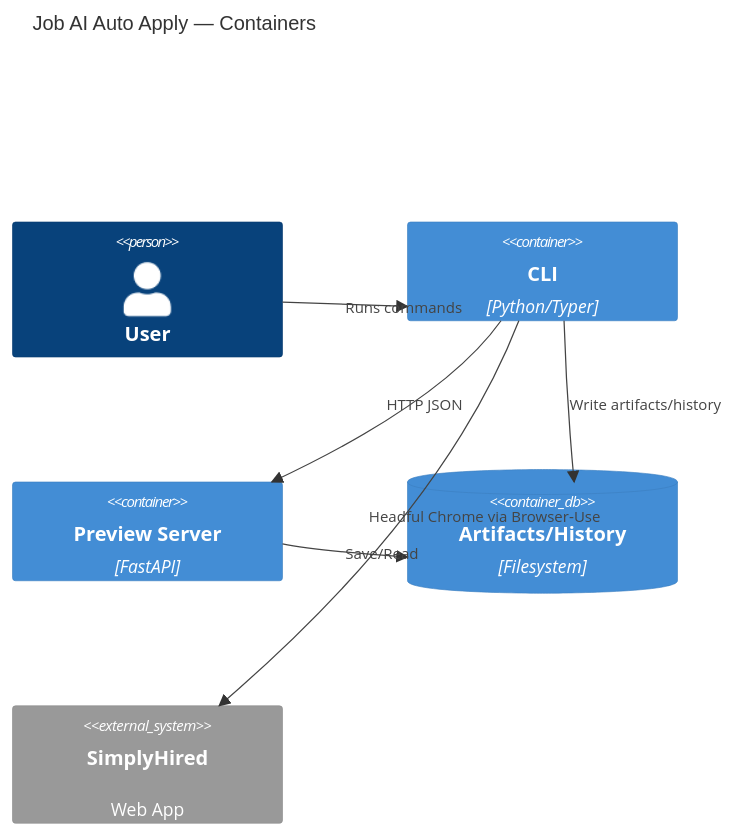
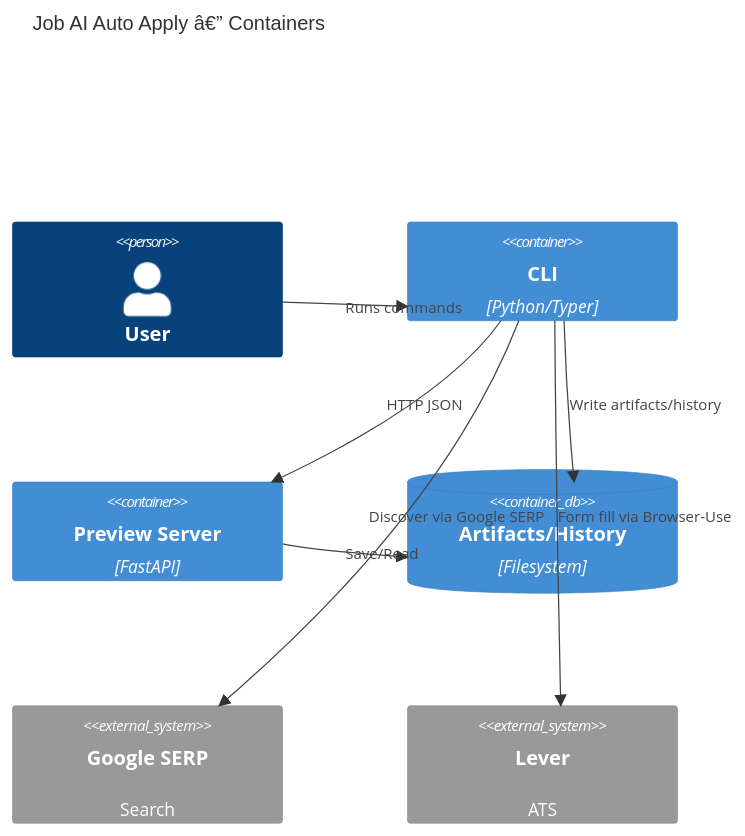
The diagram in docs/architecture/components.md (MichaelSParkin3/Job-AI-Auto-Apply), drawn with Mermaid before and after one commit. The commit also changed other lines of this file and 16 other files, not shown here.

Commit message:
Pivot to Lever via Google: add Story 4.0; update PRD/architecture; add Lever provider scaffold; profile search keys; snippets; CLI lever-plan; QA gate; test profile

````diff
--- a/docs/architecture/components.md
+++ b/docs/architecture/components.md
@@ -105,15 +105,17 @@
 ```mermaid
 C4Container
-    title Job AI Auto Apply — Containers
+    title Job AI Auto Apply â€” Containers
     Person(user, "User")
     Container(cli, "CLI", "Python/Typer")
     Container(preview, "Preview Server", "FastAPI")
     ContainerDb(store, "Artifacts/History", "Filesystem")
-    System_Ext(sh, "SimplyHired", "Web App")
+    System_Ext(g, "Google SERP", "Search")
+    System_Ext(lever, "Lever", "ATS")
 
     Rel(user, cli, "Runs commands")
     Rel(cli, preview, "HTTP JSON")
     Rel(preview, store, "Save/Read")
     Rel(cli, store, "Write artifacts/history")
-    Rel(cli, sh, "Headful Chrome via Browser‑Use")
+    Rel(cli, g, "Discover via Google SERP")
+    Rel(cli, lever, "Form fill via Browser-Use")
 ```
````
